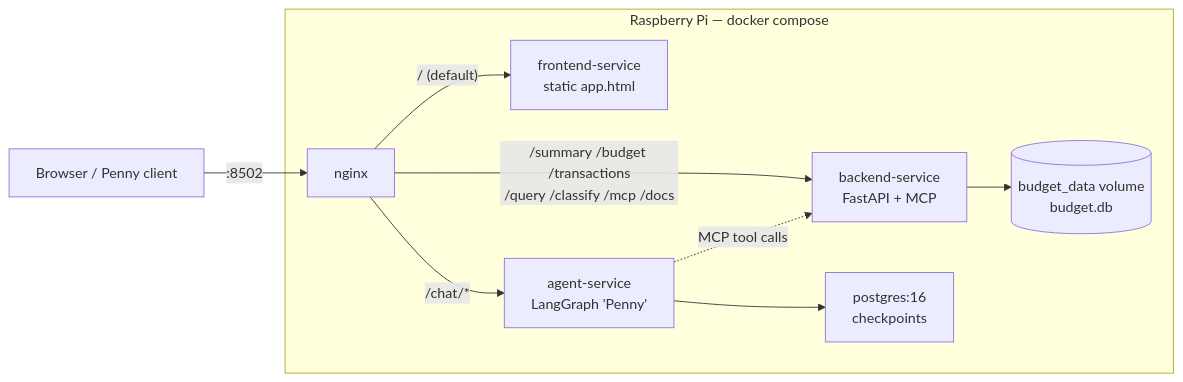
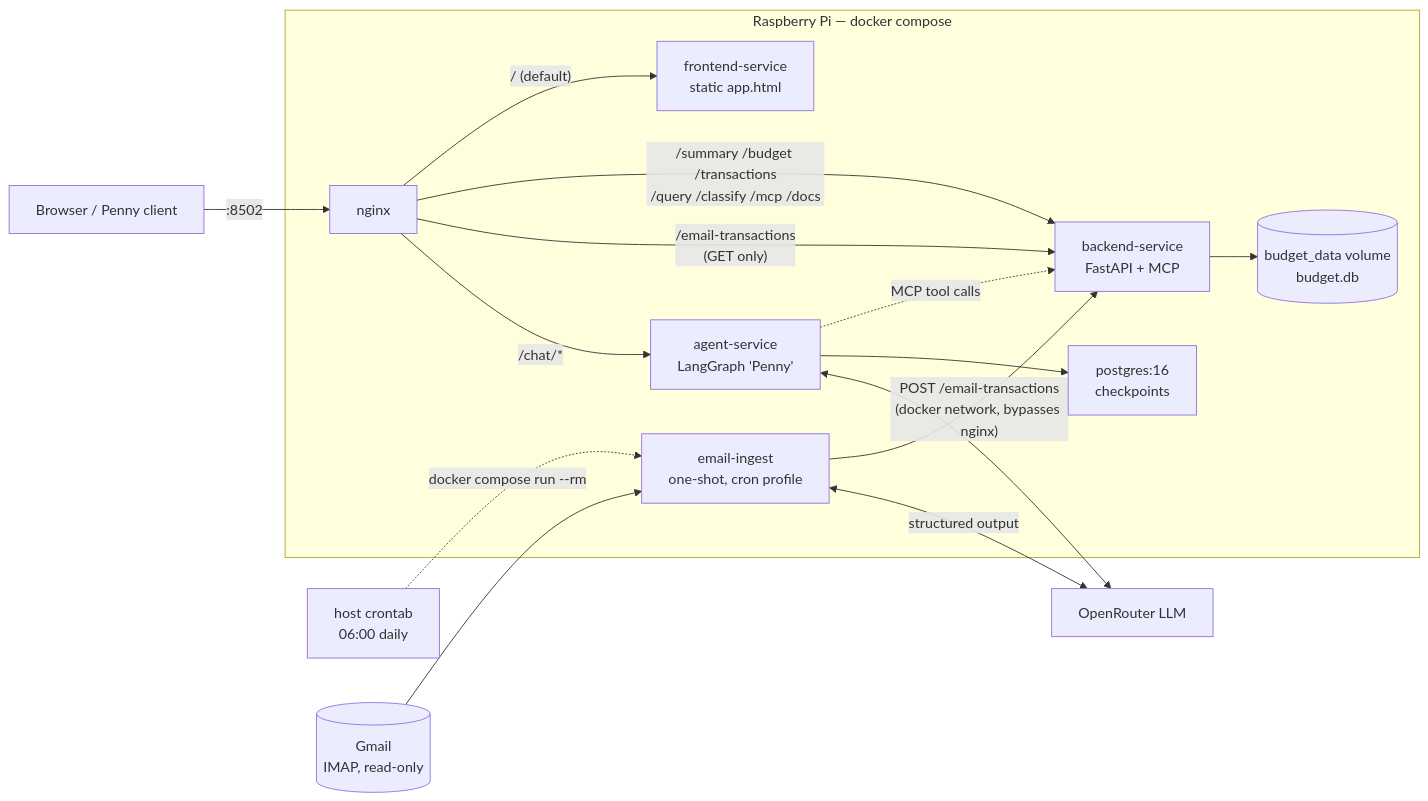
The first of 5 diagrams in README.md (himanshusingh335/budget_tracker_api), drawn with Mermaid before and after one commit. The commit also changed other lines of this file and 1 other file, not shown here.

Commit message:
docs: document email-ingest architecture in README and add email-transactions to Postman collection

````diff
--- a/README.md
+++ b/README.md
@@ -83,20 +85,28 @@
 ```mermaid
 flowchart LR
     user["Browser / Penny client"] -->|":8502"| nginx
 
     subgraph pi["Raspberry Pi — docker compose"]
         nginx["nginx"]
         frontend["frontend-service<br/>static app.html"]
         backend["backend-service<br/>FastAPI + MCP"]
         agent["agent-service<br/>LangGraph 'Penny'"]
         pg["postgres:16<br/>checkpoints"]
         vol[("budget_data volume<br/>budget.db")]
+        ingest["email-ingest<br/>one-shot, cron profile"]
 
         nginx -->|"/ (default)"| frontend
         nginx -->|"/summary /budget /transactions<br/>/query /classify /mcp /docs"| backend
+        nginx -->|"/email-transactions<br/>(GET only)"| backend
         nginx -->|"/chat/*"| agent
         agent -.->|"MCP tool calls"| backend
+        ingest -->|"POST /email-transactions<br/>(docker network, bypasses nginx)"| backend
         backend --> vol
         agent --> pg
     end
+
+    cron["host crontab<br/>06:00 daily"] -.->|"docker compose run --rm"| ingest
+    gmail[("Gmail<br/>IMAP, read-only")] --> ingest
+    ingest <-->|"structured output"| openrouter["OpenRouter LLM"]
+    agent <--> openrouter
 ```
````
